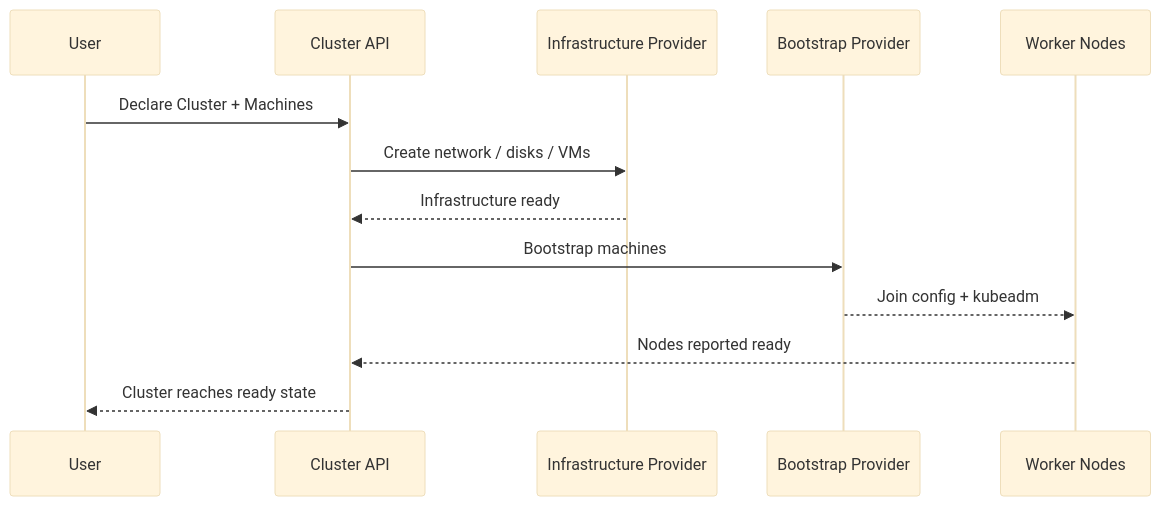
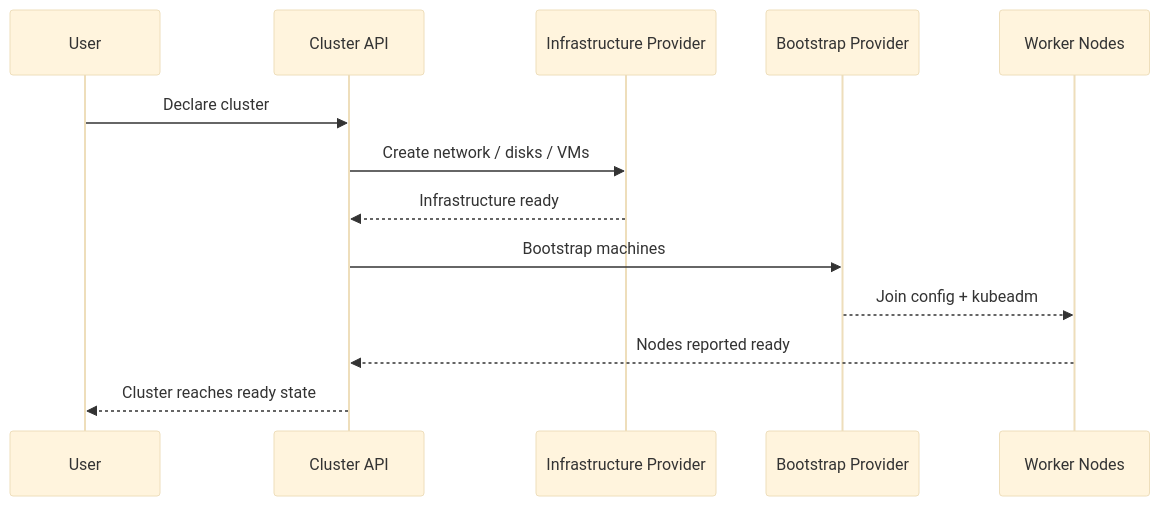
The sixth of 7 diagrams in 120_kubernetes/cluster-api/slides.md (nicholasdille/container-slides), drawn with Mermaid (base theme) before and after one commit. The commit also changed other lines of this file and 3 other files, not shown here.

````diff
--- a/120_kubernetes/cluster-api/slides.md
+++ b/120_kubernetes/cluster-api/slides.md
@@ -283,16 +378,16 @@
 ```mermaid
 sequenceDiagram
     participant User
     participant CAPI as Cluster API
     participant Infra as Infrastructure Provider
     participant Bootstrap as Bootstrap Provider
     participant Nodes as Worker Nodes
 
-    User->>CAPI: Declare Cluster + Machines
+    User->>CAPI: Declare cluster
     CAPI->>Infra: Create network / disks / VMs
     Infra-->>CAPI: Infrastructure ready
     CAPI->>Bootstrap: Bootstrap machines
     Bootstrap-->>Nodes: Join config + kubeadm
     Nodes-->>CAPI: Nodes reported ready
     CAPI-->>User: Cluster reaches ready state
 ```
````
